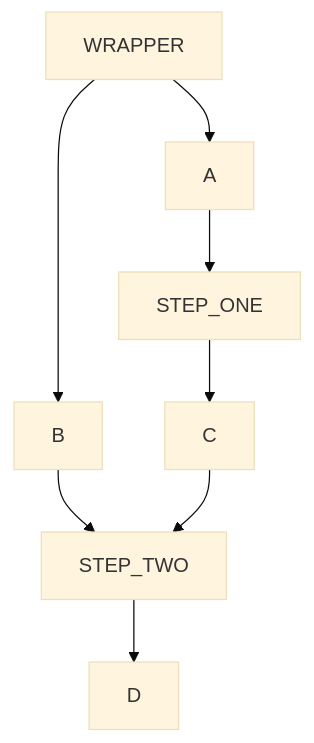
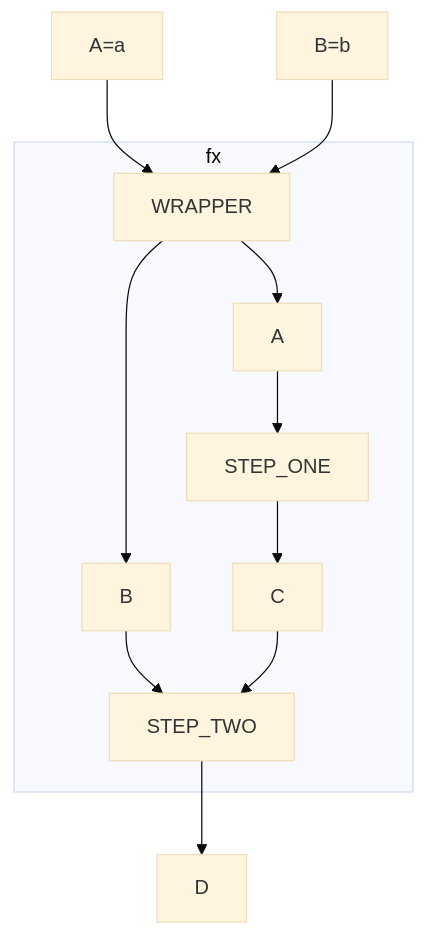
The second of 4 diagrams in lectures/week-01-function-review.md (Watts-College/paf-514-template), drawn with Mermaid (base theme) before and after one commit. The commit also changed other lines of this file, not shown here.

````diff
--- a/lectures/week-01-function-review.md
+++ b/lectures/week-01-function-review.md
@@ -209,10 +209,14 @@
 ```mermaid
 graph TD;
+    id1[A=a] --> WRAPPER;
+    id2[B=b] --> WRAPPER;
+    subgraph fx
     WRAPPER  --> A;
     WRAPPER  --> B;
     A --> STEP_ONE;
     STEP_ONE --> C;
     B --> STEP_TWO;
     C --> STEP_TWO;
+    end
     STEP_TWO --> D;
 ```
````
